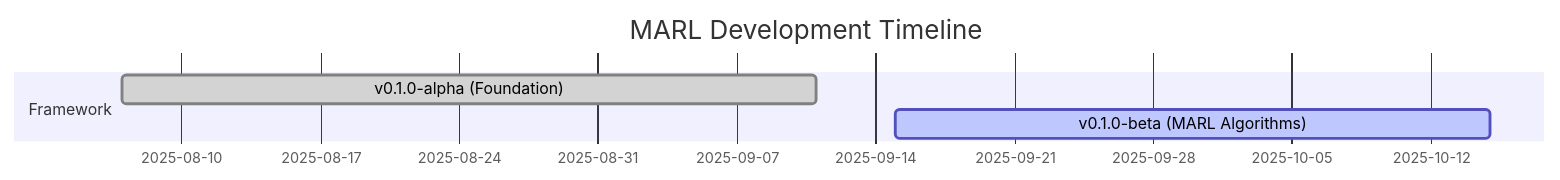
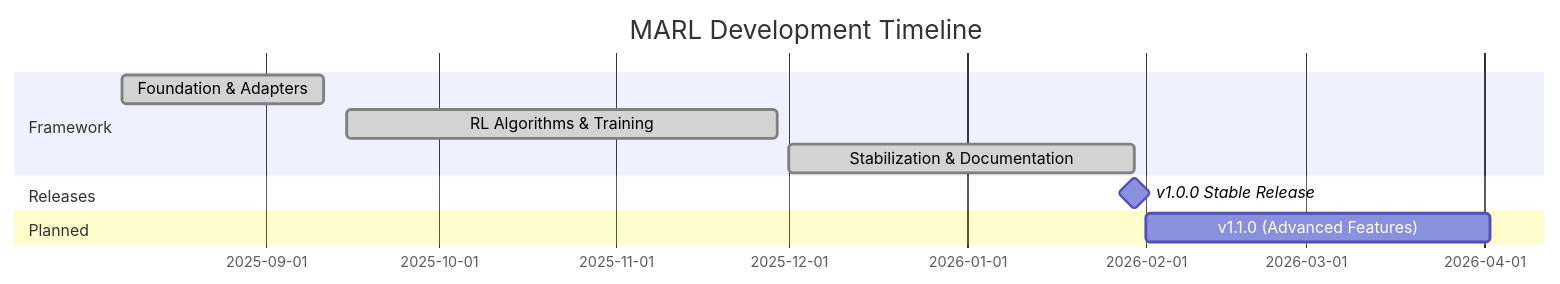
Before and after one commit to radar-lab/OpenCDA-MARL: the diagram in docs/marl/updates.md, drawn with Mermaid. The commit also changed other lines of this file and 108 other files, not shown here.

````diff
--- a/docs/marl/updates.md
+++ b/docs/marl/updates.md
@@ -11,8 +11,13 @@
 ```mermaid
 gantt
     title MARL Development Timeline
     dateFormat  YYYY-MM-DD
     section Framework
-    v0.1.0-alpha (Foundation)         :done, 2025-08-07, 35d
-    v0.1.0-beta (MARL Algorithms)     :active, 2025-09-15, 30d
+    Foundation & Adapters            :done, 2025-08-07, 35d
+    RL Algorithms & Training         :done, 2025-09-15, 75d
+    Stabilization & Documentation    :done, 2025-12-01, 60d
+    section Releases
+    v1.0.0 Stable Release            :milestone, 2026-01-30, 0d
+    section Planned
+    v1.1.0 (Advanced Features)       :2026-02-01, 60d
 ```
````
